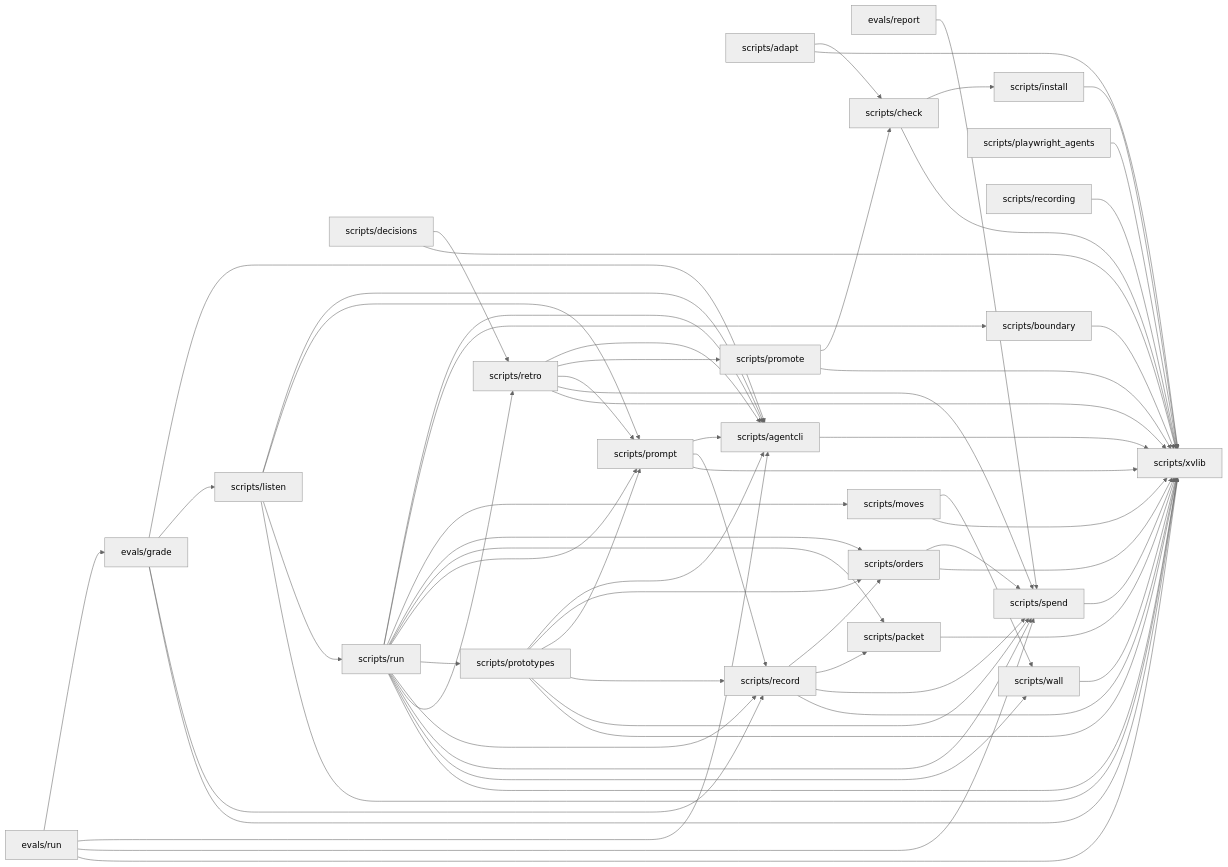
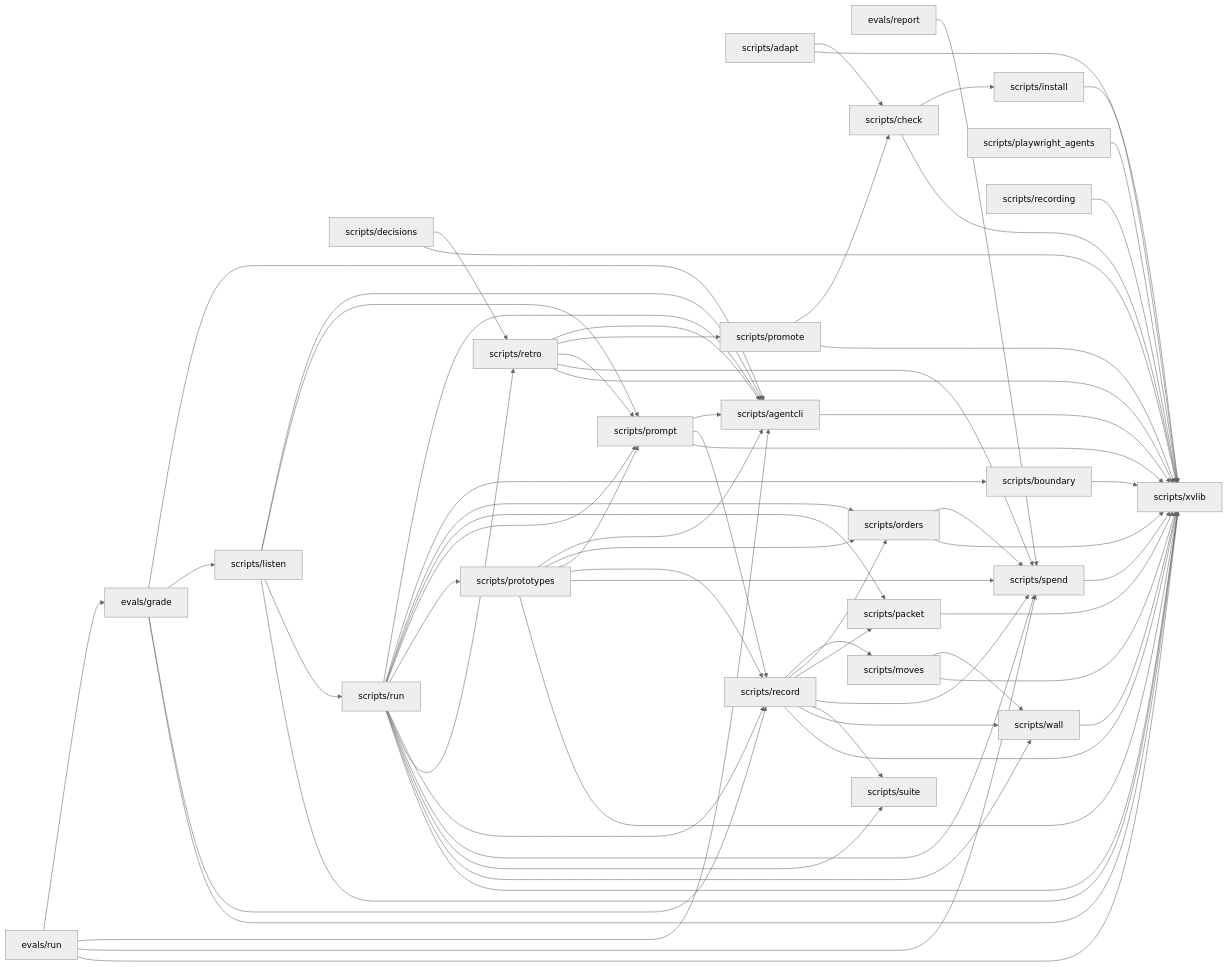
Before and after one commit to seanpk/xv-agents: the diagram in .xv/slices/2026-11-05-from-build.boundary.md, drawn with Mermaid (neutral theme). The commit also changed other lines of this file and 2 other files, not shown here.

Commit message:
xv(2026-11-05-from-build): packet

````diff
--- a/.xv/slices/2026-11-05-from-build.boundary.md
+++ b/.xv/slices/2026-11-05-from-build.boundary.md
@@ -42,60 +42,63 @@
   m19["scripts/retro"]
   m20["scripts/run"]
   m21["scripts/spend"]
-  m22["scripts/wall"]
-  m23["scripts/xvlib"]
+  m22["scripts/suite"]
+  m23["scripts/wall"]
+  m24["scripts/xvlib"]
   m0 --> m4
   m0 --> m9
   m0 --> m17
-  m0 --> m23
+  m0 --> m24
   m1 --> m21
   m2 --> m0
   m2 --> m4
   m2 --> m21
-  m2 --> m23
+  m2 --> m24
   m3 --> m6
-  m3 --> m23
-  m4 --> m23
-  m5 --> m23
+  m3 --> m24
+  m4 --> m24
+  m5 --> m24
   m6 --> m8
-  m6 --> m23
+  m6 --> m24
   m7 --> m19
-  m7 --> m23
-  m8 --> m23
+  m7 --> m24
+  m8 --> m24
   m9 --> m4
   m9 --> m15
   m9 --> m20
-  m9 --> m23
-  m10 --> m22
+  m9 --> m24
   m10 --> m23
+  m10 --> m24
   m11 --> m21
-  m11 --> m23
-  m12 --> m23
-  m13 --> m23
+  m11 --> m24
+  m12 --> m24
+  m13 --> m24
   m14 --> m6
-  m14 --> m23
+  m14 --> m24
   m15 --> m4
   m15 --> m17
-  m15 --> m23
+  m15 --> m24
   m16 --> m4
   m16 --> m11
   m16 --> m15
   m16 --> m17
   m16 --> m21
-  m16 --> m23
+  m16 --> m24
+  m17 --> m10
   m17 --> m11
   m17 --> m12
   m17 --> m21
+  m17 --> m22
   m17 --> m23
-  m18 --> m23
+  m17 --> m24
+  m18 --> m24
   m19 --> m4
   m19 --> m14
   m19 --> m15
   m19 --> m21
-  m19 --> m23
+  m19 --> m24
   m20 --> m4
   m20 --> m5
-  m20 --> m10
   m20 --> m11
   m20 --> m12
   m20 --> m15
@@ -105,6 +108,7 @@
   m20 --> m21
   m20 --> m22
   m20 --> m23
-  m21 --> m23
-  m22 --> m23
+  m20 --> m24
+  m21 --> m24
+  m23 --> m24
 ```
````
